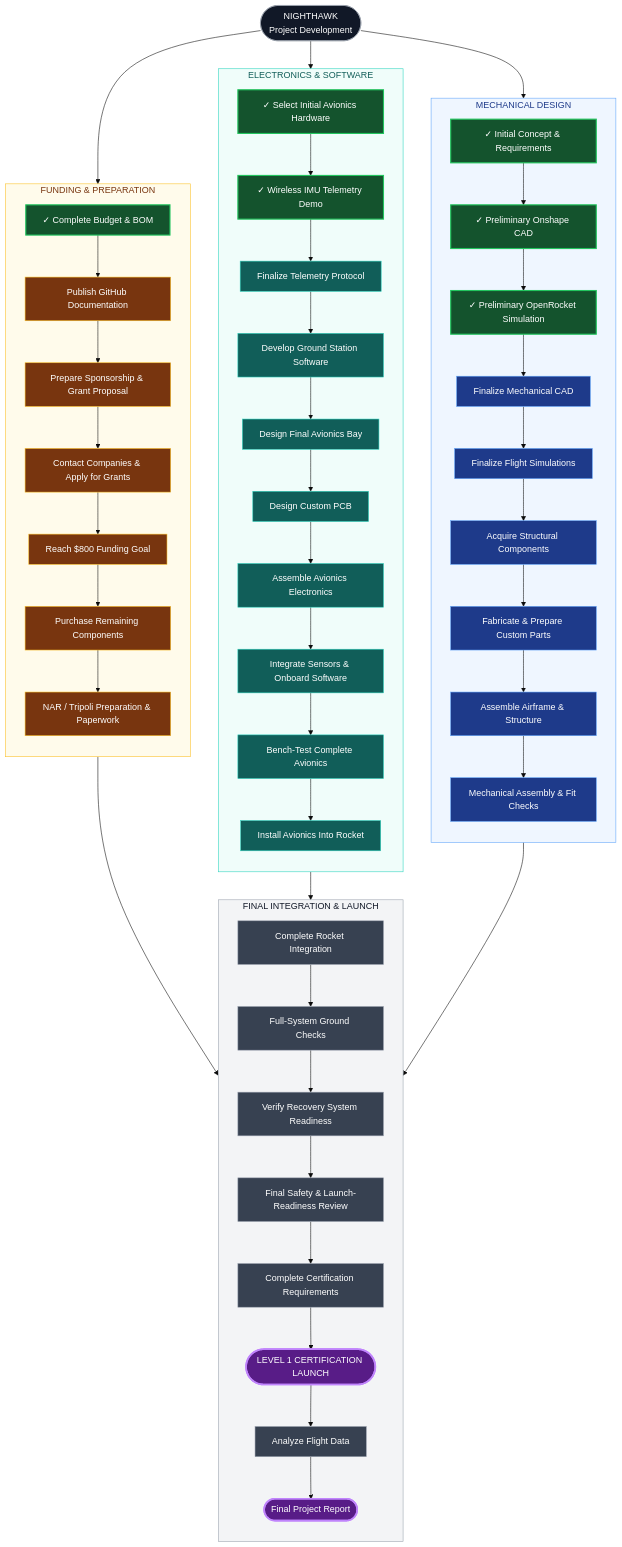
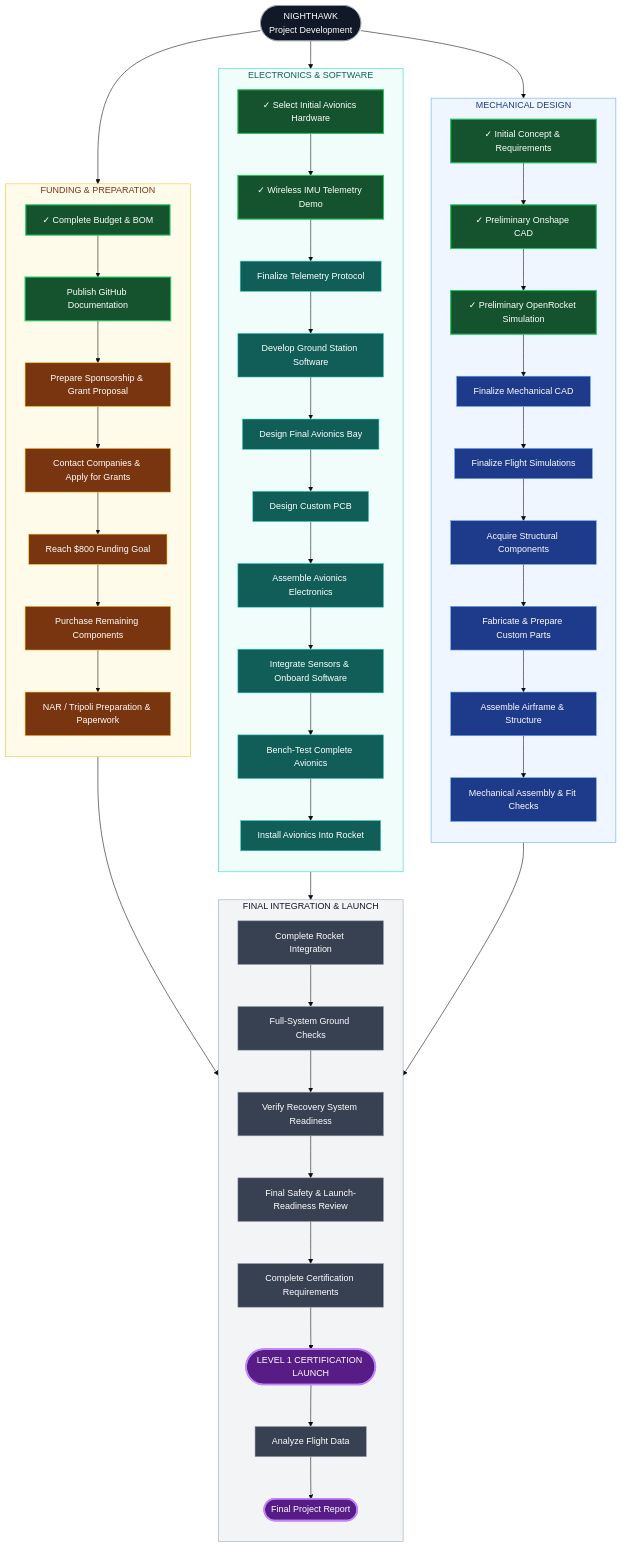
One commit to landonmaynard/nighthawk changed the diagram in docs/ROADMAP.md. Above: the diagram before and after it, drawn with Mermaid (base theme).

Commit message:
Update class definitions in ROADMAP.md

```diff
--- a/docs/ROADMAP.md
+++ b/docs/ROADMAP.md
@@ -87,10 +87,10 @@
     classDef highlight fill:#581c87,stroke:#c084fc,color:#ffffff,stroke-width:3px
     classDef start fill:#111827,stroke:#9ca3af,color:#ffffff
 
-    class M1,M2,M3,E1,E2,F1 complete
+    class M1,M2,M3,E1,E2,F1,F2 complete
     class M4,M5,M6,M7,M8,M9 mechanical
     class E3,E4,E5,E6,E7,E8,E9,E10 electronics
-    class F2,F3,F4,F5,F6,F7 funding
+    class F3,F4,F5,F6,F7 funding
     class INTEGRATION,T1,T2,T3,T4,T5 final
     class LAUNCH,REPORT highlight
     class START start
```
